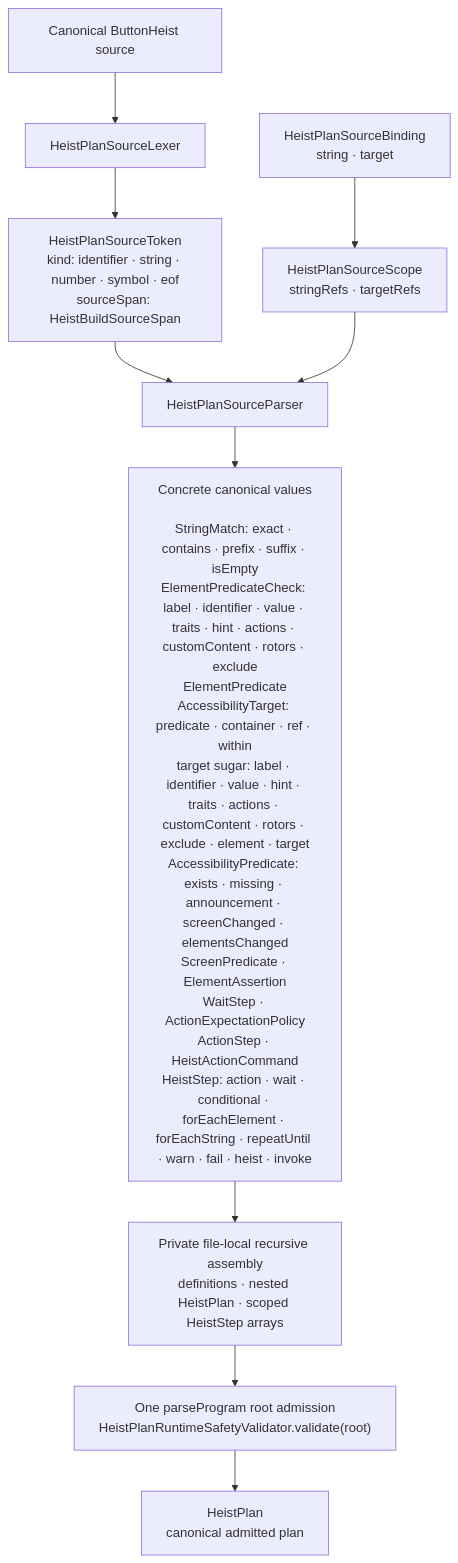
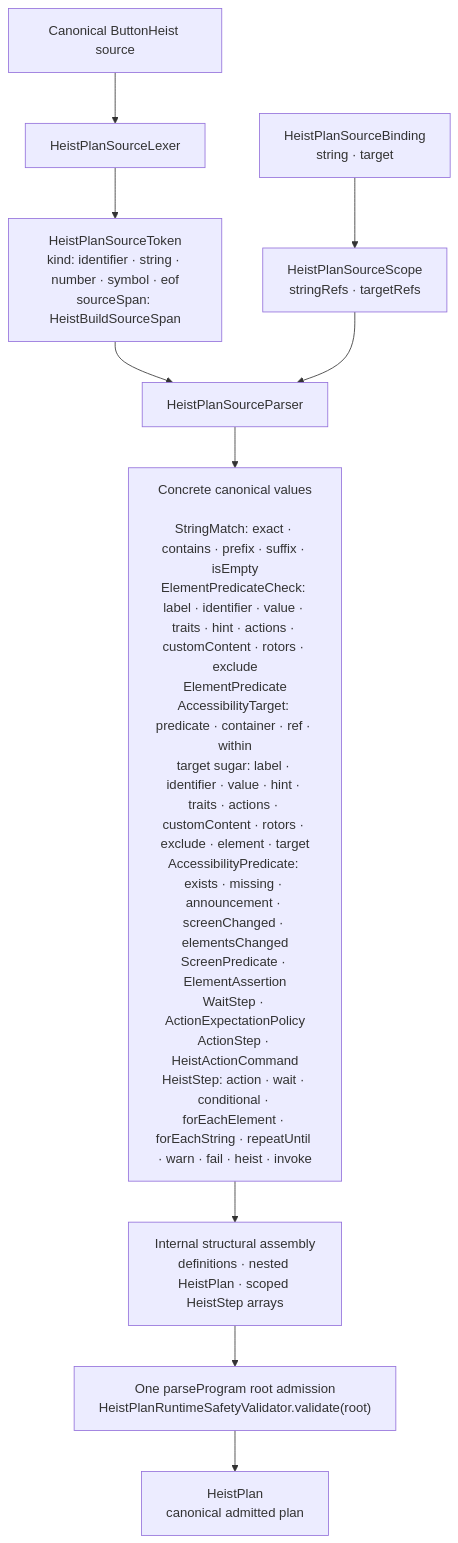
Before and after one commit to RoyalPineapple/TheButtonHeist: the diagram in docs/diagrams/dsl-grammar.md, drawn with Mermaid. The commit also changed other lines of this file and 18 other files, not shown here.

````diff
--- a/docs/diagrams/dsl-grammar.md
+++ b/docs/diagrams/dsl-grammar.md
@@ -11,17 +11,17 @@
 ```mermaid
 flowchart TD
     SOURCE["Canonical ButtonHeist source"]
     LEXER["HeistPlanSourceLexer"]
     TOKEN["HeistPlanSourceToken<br/>kind: identifier · string · number · symbol · eof<br/>sourceSpan: HeistBuildSourceSpan"]
     BINDING["HeistPlanSourceBinding<br/>string · target"]
     SCOPE["HeistPlanSourceScope<br/>stringRefs · targetRefs"]
     PARSER["HeistPlanSourceParser"]
     VALUES["Concrete canonical values<br/><br/>StringMatch: exact · contains · prefix · suffix · isEmpty<br/>ElementPredicateCheck: label · identifier · value · traits · hint · actions · customContent · rotors · exclude<br/>ElementPredicate<br/>AccessibilityTarget: predicate · container · ref · within<br/>target sugar: label · identifier · value · hint · traits · actions · customContent · rotors · exclude · element · target<br/>AccessibilityPredicate: exists · missing · announcement · screenChanged · elementsChanged<br/>ScreenPredicate · ElementAssertion<br/>WaitStep · ActionExpectationPolicy<br/>ActionStep · HeistActionCommand<br/>HeistStep: action · wait · conditional · forEachElement · forEachString · repeatUntil · warn · fail · heist · invoke"]
-    ASSEMBLY["Private file-local recursive assembly<br/>definitions · nested HeistPlan · scoped HeistStep arrays"]
+    ASSEMBLY["Internal structural assembly<br/>definitions · nested HeistPlan · scoped HeistStep arrays"]
     ADMISSION["One parseProgram root admission<br/>HeistPlanRuntimeSafetyValidator.validate(root)"]
     PLAN["HeistPlan<br/>canonical admitted plan"]
 
     SOURCE --> LEXER --> TOKEN --> PARSER
     BINDING --> SCOPE --> PARSER
     PARSER --> VALUES --> ASSEMBLY --> ADMISSION --> PLAN
 ```
````
